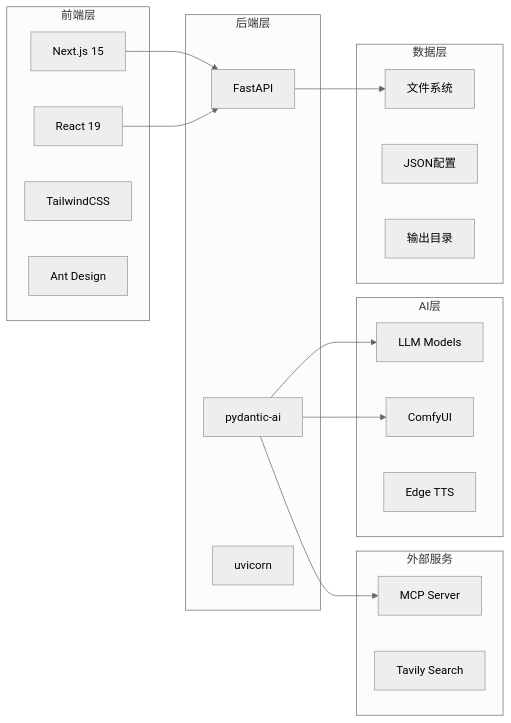
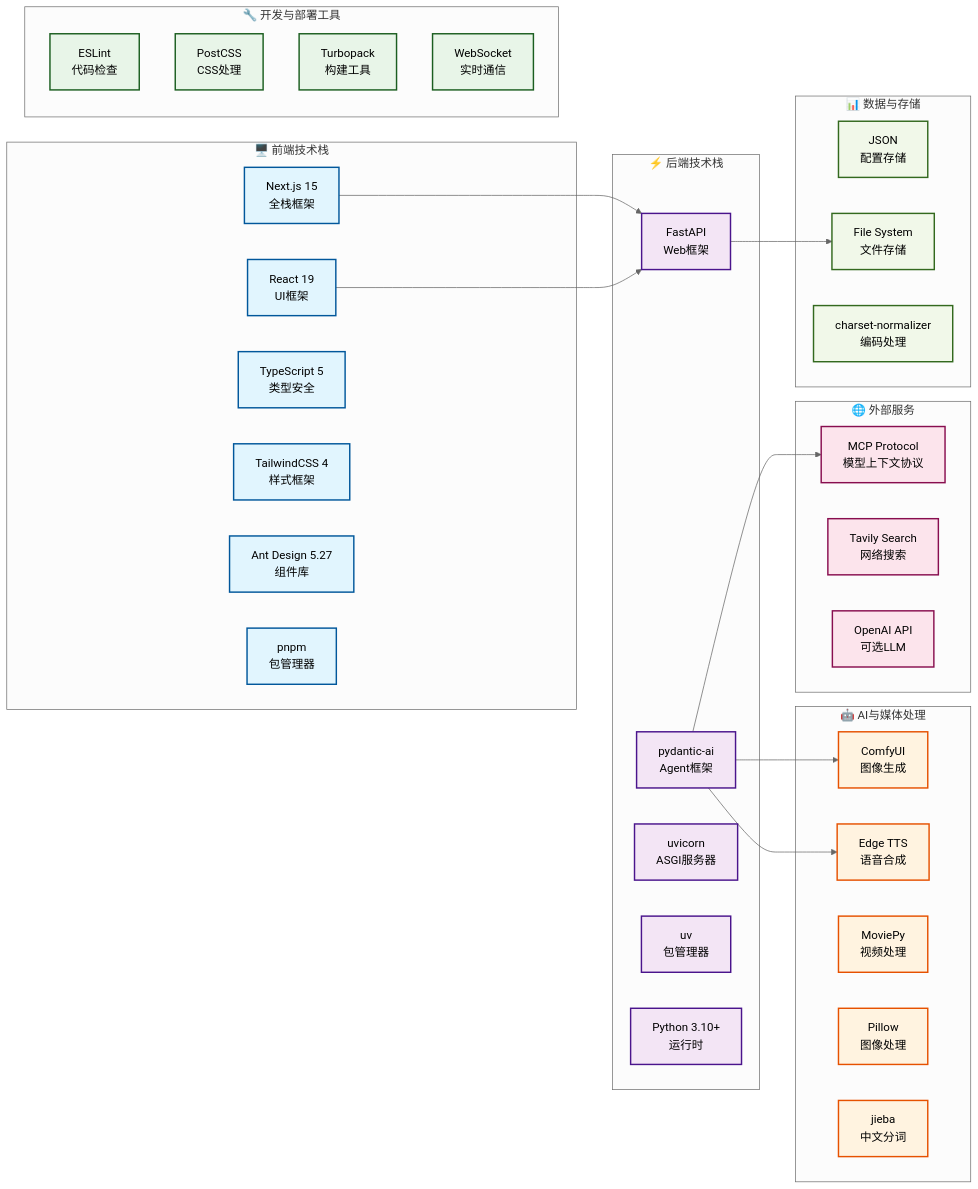
One commit to tohsaka888/video-generate-agent changed the fourth of 4 diagrams in README.md. Above: the diagram before and after it, drawn with Mermaid (neutral theme). The commit also changed other lines of this file, not shown here.

````diff
--- a/README.md
+++ b/README.md
@@ -189,39 +388,69 @@
 ```mermaid
 graph LR
-    subgraph "前端层"
-        A[Next.js 15]
-        B[React 19]
-        C[TailwindCSS]
-        D[Ant Design]
+    subgraph "🖥️ 前端技术栈"
+        A[Next.js 15<br/>全栈框架]
+        B[React 19<br/>UI框架]
+        C[TypeScript 5<br/>类型安全]
+        D[TailwindCSS 4<br/>样式框架]
+        E[Ant Design 5.27<br/>组件库]
+        F[pnpm<br/>包管理器]
     end
     
-    subgraph "后端层"
-        E[FastAPI]
-        F[pydantic-ai]
-        G[uvicorn]
+    subgraph "⚡ 后端技术栈"
+        G[FastAPI<br/>Web框架]
+        H[pydantic-ai<br/>Agent框架]
+        I[uvicorn<br/>ASGI服务器]
+        J[uv<br/>包管理器]
+        K[Python 3.10+<br/>运行时]
     end
     
-    subgraph "AI层"
-        H[LLM Models]
-        I[ComfyUI]
-        J[Edge TTS]
+    subgraph "🤖 AI与媒体处理"
+        L[ComfyUI<br/>图像生成]
+        M[Edge TTS<br/>语音合成]
+        N[MoviePy<br/>视频处理]
+        O[Pillow<br/>图像处理]
+        P[jieba<br/>中文分词]
     end
     
-    subgraph "数据层"
-        K[文件系统]
-        L[JSON配置]
-        M[输出目录]
+    subgraph "🔧 开发与部署工具"
+        Q[ESLint<br/>代码检查]
+        R[PostCSS<br/>CSS处理]
+        S[Turbopack<br/>构建工具]
+        T[WebSocket<br/>实时通信]
     end
     
-    subgraph "外部服务"
-        N[MCP Server]
-        O[Tavily Search]
+    subgraph "🌐 外部服务"
+        U[MCP Protocol<br/>模型上下文协议]
+        V[Tavily Search<br/>网络搜索]
+        W[OpenAI API<br/>可选LLM]
     end
     
-    A --> E
-    B --> E
-    F --> H
-    F --> I
-    E --> K
-    F --> N
+    subgraph "📊 数据与存储"
+        X[JSON<br/>配置存储]
+        Y[File System<br/>文件存储]
+        Z[charset-normalizer<br/>编码处理]
+    end
+    
+    %% 连接关系
+    A --> G
+    B --> G
+    H --> L
+    H --> M
+    G --> Y
+    H --> U
+    
+    %% 样式定义
+    classDef frontendClass fill:#e1f5fe,stroke:#01579b,stroke-width:2px
+    classDef backendClass fill:#f3e5f5,stroke:#4a148c,stroke-width:2px
+    classDef aiClass fill:#fff3e0,stroke:#e65100,stroke-width:2px
+    classDef devClass fill:#e8f5e8,stroke:#1b5e20,stroke-width:2px
+    classDef serviceClass fill:#fce4ec,stroke:#880e4f,stroke-width:2px
+    classDef dataClass fill:#f1f8e9,stroke:#33691e,stroke-width:2px
+    
+    class A,B,C,D,E,F frontendClass
+    class G,H,I,J,K backendClass
+    class L,M,N,O,P aiClass
+    class Q,R,S,T devClass
+    class U,V,W serviceClass
+    class X,Y,Z dataClass
 ```
````
